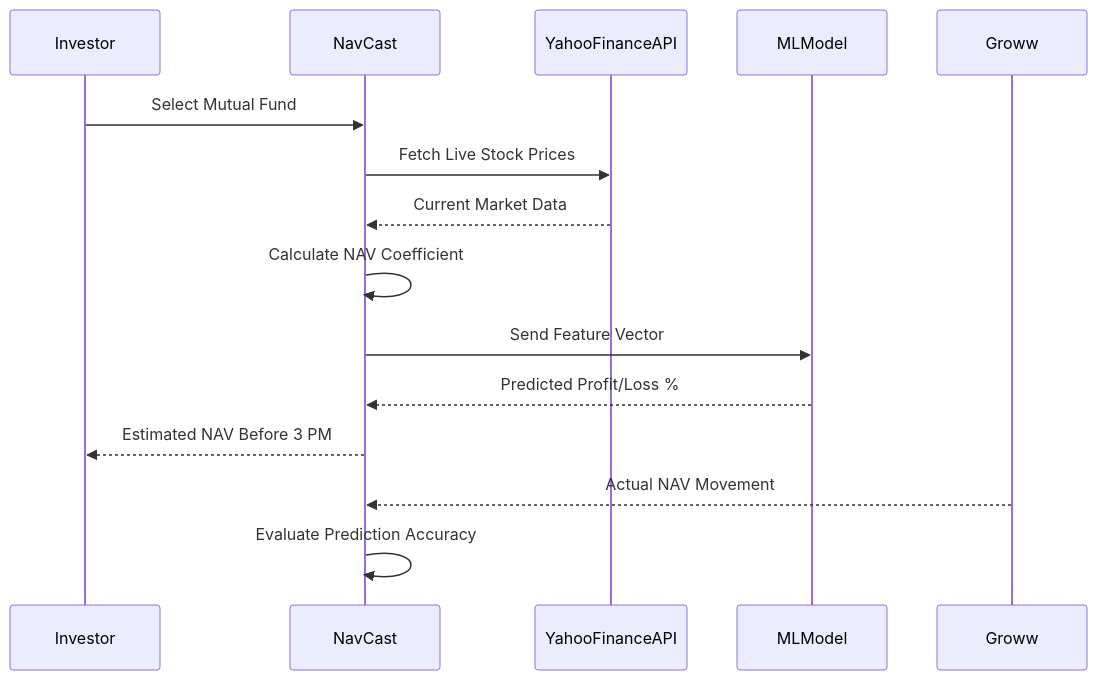
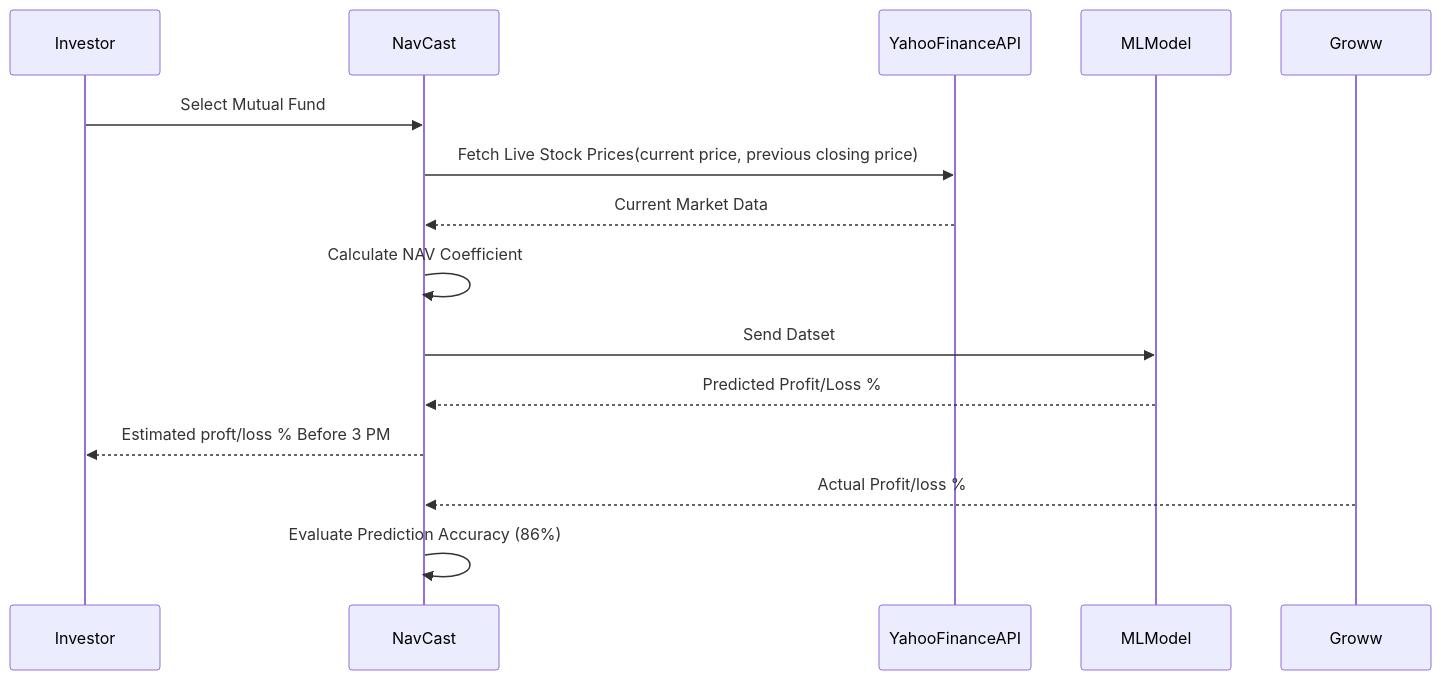
The second of 4 diagrams in README.md (AditiGautam2000/Navcast), drawn with Mermaid before and after one commit. The commit also changed other lines of this file, not shown here.

````diff
--- a/README.md
+++ b/README.md
@@ -58,27 +58,27 @@
 ```mermaid
 sequenceDiagram
 
     participant Investor
     participant NavCast
     participant YahooFinanceAPI
     participant MLModel
     participant Groww
 
     Investor->>NavCast: Select Mutual Fund
 
-    NavCast->>YahooFinanceAPI: Fetch Live Stock Prices
+    NavCast->>YahooFinanceAPI: Fetch Live Stock Prices(current price, previous closing price)
 
     YahooFinanceAPI-->>NavCast: Current Market Data
 
     NavCast->>NavCast: Calculate NAV Coefficient
 
-    NavCast->>MLModel: Send Feature Vector
+    NavCast->>MLModel: Send Datset
 
     MLModel-->>NavCast: Predicted Profit/Loss %
 
-    NavCast-->>Investor: Estimated NAV Before 3 PM
+    NavCast-->>Investor: Estimated proft/loss % Before 3 PM
 
-    Groww-->>NavCast: Actual NAV Movement
+    Groww-->>NavCast: Actual Profit/loss %
 
-    NavCast->>NavCast: Evaluate Prediction Accuracy
+    NavCast->>NavCast: Evaluate Prediction Accuracy (86%)
 ```
````
